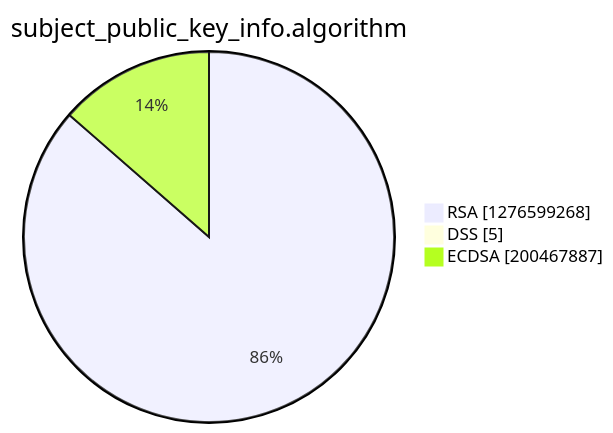
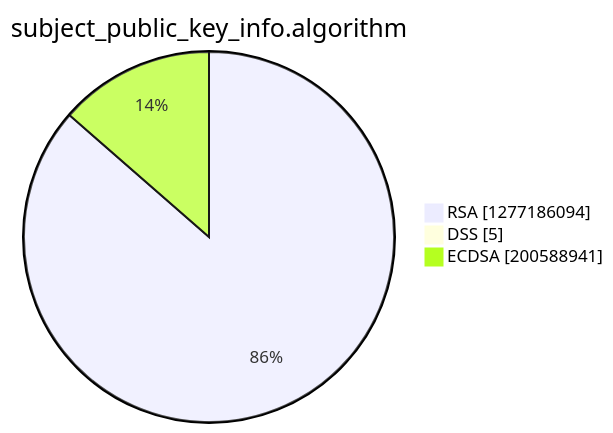
One commit to christiankrug/ctmonitor_visualization changed the third of 15 diagrams in argon2022/README.md. Above: the diagram before and after it, drawn with Mermaid. The commit also changed other lines of this file, not shown here.

````diff
--- a/argon2022/README.md
+++ b/argon2022/README.md
@@ -14,7 +14,7 @@
 ```mermaid
 pie showData
 title subject_public_key_info.algorithm
-"RSA" :1276599268
+"RSA" :1277186094
 "DSS" :5
-"ECDSA" :200467887
+"ECDSA" :200588941
 ```
````
